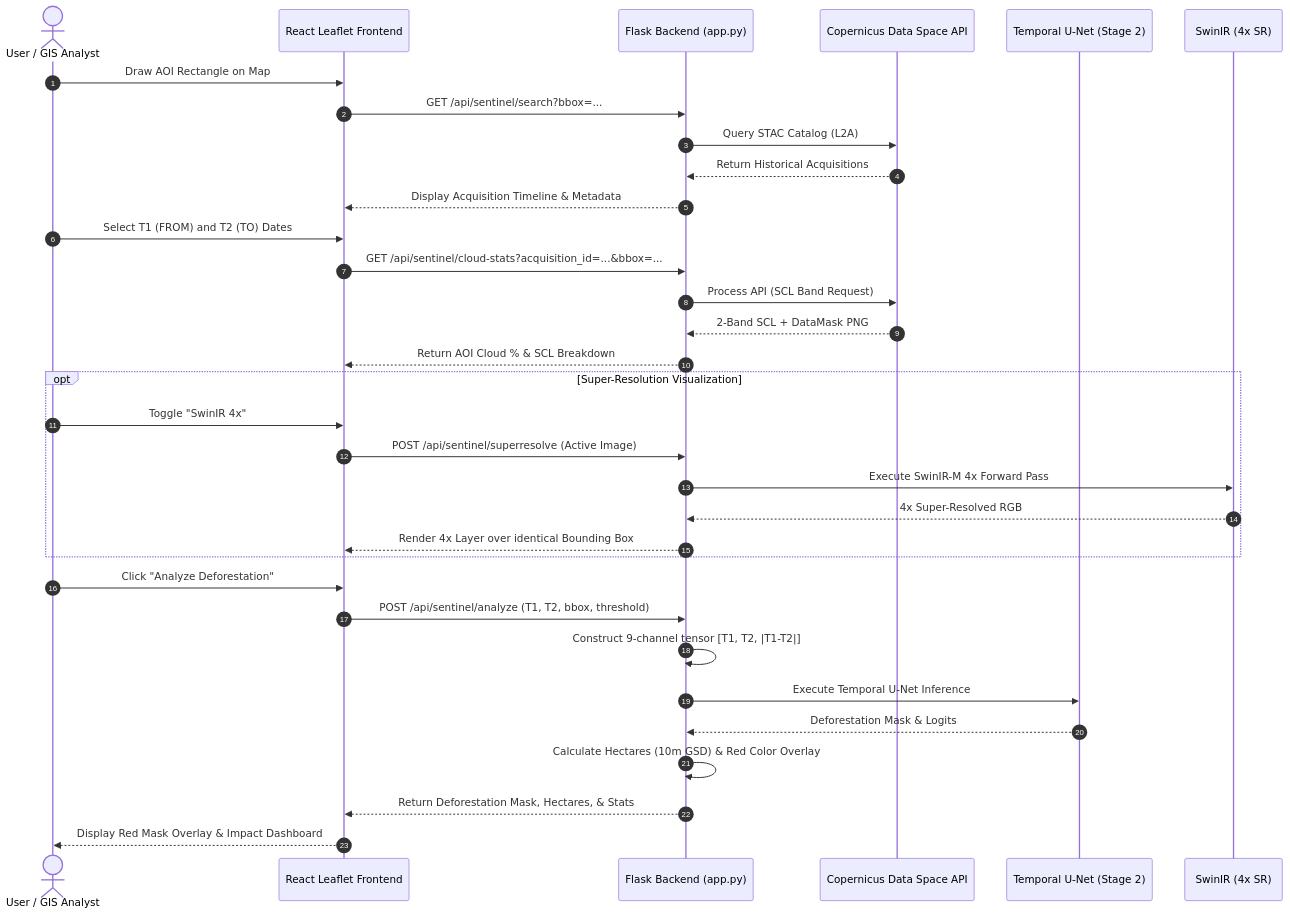
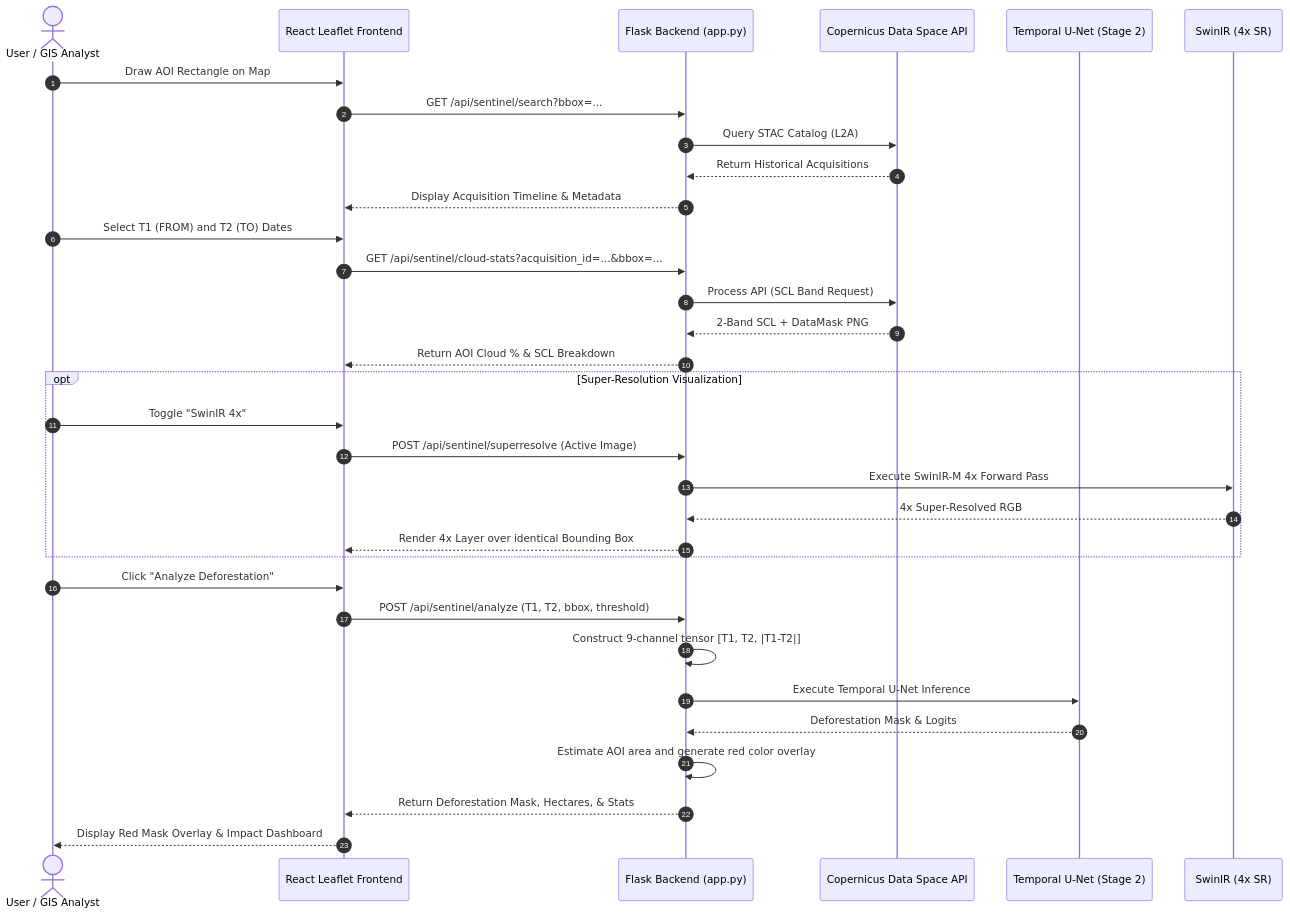
One commit to preetham1das/mini_project_preetham changed the second of 2 diagrams in PROJECT_REPORT.md. Above: the diagram before and after it, drawn with Mermaid. The commit also changed other lines of this file and 4 other files, not shown here.

````diff
--- a/PROJECT_REPORT.md
+++ b/PROJECT_REPORT.md
@@ -149,39 +149,39 @@
 ```mermaid
 sequenceDiagram
     autonumber
     actor User as User / GIS Analyst
     participant UI as React Leaflet Frontend
     participant API as Flask Backend (app.py)
     participant CDSE as Copernicus Data Space API
     participant DL as Temporal U-Net (Stage 2)
     participant SR as SwinIR (4x SR)
 
     User->>UI: Draw AOI Rectangle on Map
     UI->>API: GET /api/sentinel/search?bbox=...
     API->>CDSE: Query STAC Catalog (L2A)
     CDSE-->>API: Return Historical Acquisitions
     API-->>UI: Display Acquisition Timeline & Metadata
     
     User->>UI: Select T1 (FROM) and T2 (TO) Dates
     UI->>API: GET /api/sentinel/cloud-stats?acquisition_id=...&bbox=...
     API->>CDSE: Process API (SCL Band Request)
     CDSE-->>API: 2-Band SCL + DataMask PNG
     API-->>UI: Return AOI Cloud % & SCL Breakdown
     
     opt Super-Resolution Visualization
         User->>UI: Toggle "SwinIR 4x"
         UI->>API: POST /api/sentinel/superresolve (Active Image)
         API->>SR: Execute SwinIR-M 4x Forward Pass
         SR-->>API: 4x Super-Resolved RGB
         API-->>UI: Render 4x Layer over identical Bounding Box
     end
 
     User->>UI: Click "Analyze Deforestation"
     UI->>API: POST /api/sentinel/analyze (T1, T2, bbox, threshold)
     API->>API: Construct 9-channel tensor [T1, T2, |T1-T2|]
     API->>DL: Execute Temporal U-Net Inference
     DL-->>API: Deforestation Mask & Logits
-    API->>API: Calculate Hectares (10m GSD) & Red Color Overlay
+    API->>API: Estimate AOI area and generate red color overlay
     API-->>UI: Return Deforestation Mask, Hectares, & Stats
     UI-->>User: Display Red Mask Overlay & Impact Dashboard
 ```
````
